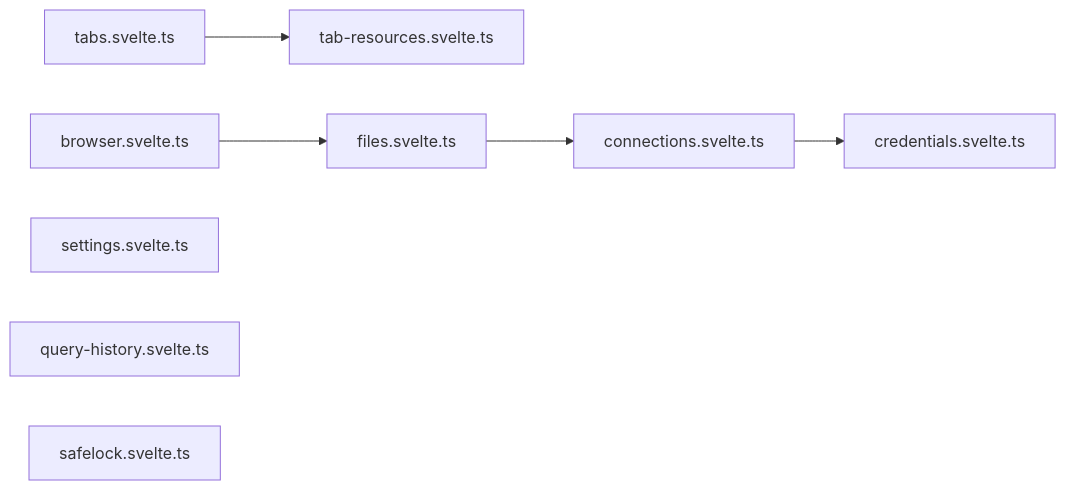
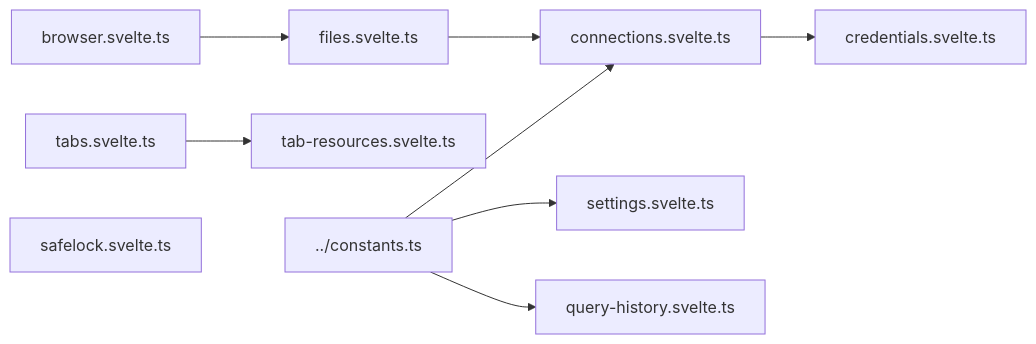
One commit to walkthru-earth/objex changed the diagram in src/lib/stores/CLAUDE.md. Above: the diagram before and after it, drawn with Mermaid. The commit also changed 29 other files, not shown here.

````diff
--- a/src/lib/stores/CLAUDE.md
+++ b/src/lib/stores/CLAUDE.md
@@ -5,10 +5,11 @@
 ```mermaid
 graph LR
+    CONST[../constants.ts] --> CONN & SET & QH
     CONN[connections.svelte.ts] --> CRED[credentials.svelte.ts]
     TABS[tabs.svelte.ts] --> TR[tab-resources.svelte.ts]
     FILES[files.svelte.ts] --> CONN
     BR[browser.svelte.ts] --> FILES
     SET[settings.svelte.ts]
     QH[query-history.svelte.ts]
     SL[safelock.svelte.ts]
 ```
````
